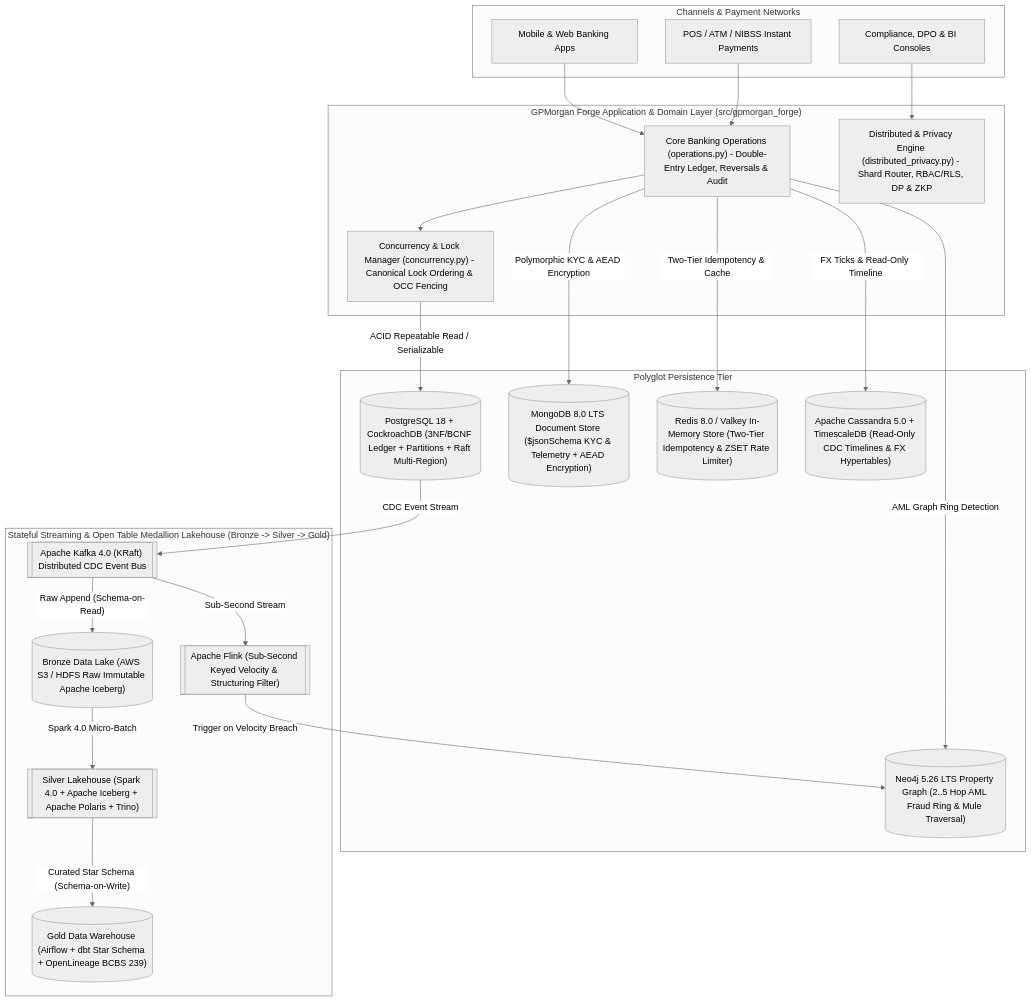
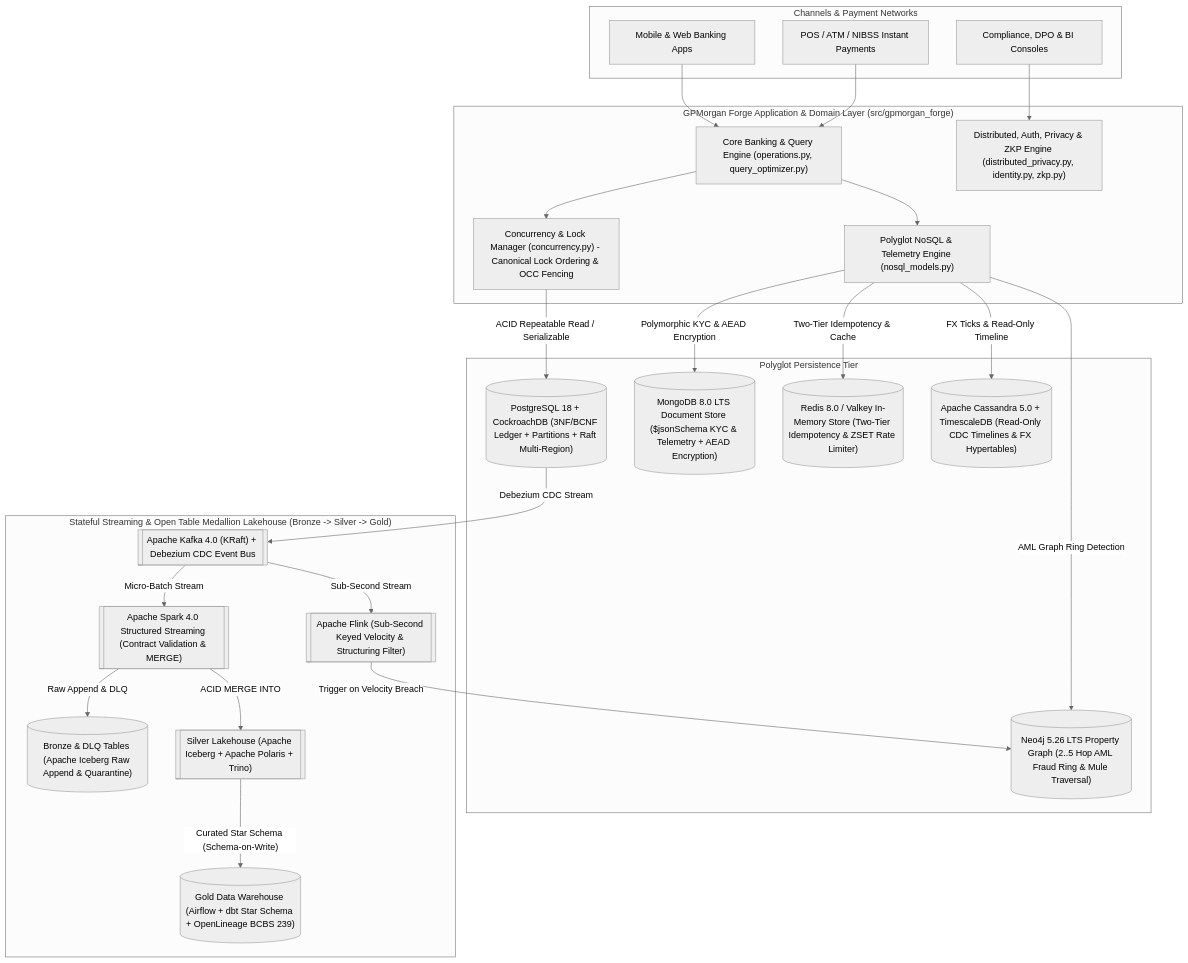
Before and after one commit to D0nG4667/gpmorgan-forge-de-portfolio: the first of 2 diagrams in README.md, drawn with Mermaid (neutral theme). The commit also changed other lines of this file and 5 other files, not shown here.

````diff
--- a/README.md
+++ b/README.md
@@ -41,45 +41,48 @@
 ```mermaid
 flowchart TB
     subgraph Clients["Channels & Payment Networks"]
         MOB["Mobile & Web Banking Apps"]
         POS["POS / ATM / NIBSS Instant Payments"]
         ANALYST["Compliance, DPO & BI Consoles"]
     end
 
     subgraph Core["GPMorgan Forge Application & Domain Layer (src/gpmorgan_forge)"]
-        OPS["Core Banking Operations (operations.py) - Double-Entry Ledger, Reversals & Audit"]
+        OPS["Core Banking & Query Engine (operations.py, query_optimizer.py)"]
         CONC["Concurrency & Lock Manager (concurrency.py) - Canonical Lock Ordering & OCC Fencing"]
-        PRIV["Distributed & Privacy Engine (distributed_privacy.py) - Shard Router, RBAC/RLS, DP & ZKP"]
+        NOSQL["Polyglot NoSQL & Telemetry Engine (nosql_models.py)"]
+        PRIV["Distributed, Auth, Privacy & ZKP Engine (distributed_privacy.py, identity.py, zkp.py)"]
     end
 
     subgraph Storage["Polyglot Persistence Tier"]
         PG[("PostgreSQL 18 + CockroachDB (3NF/BCNF Ledger + Partitions + Raft Multi-Region)")]
         MONGO[("MongoDB 8.0 LTS Document Store ($jsonSchema KYC & Telemetry + AEAD Encryption)")]
         NEO[("Neo4j 5.26 LTS Property Graph (2..5 Hop AML Fraud Ring & Mule Traversal)")]
         REDIS[("Redis 8.0 / Valkey In-Memory Store (Two-Tier Idempotency & ZSET Rate Limiter)")]
         CASS[("Apache Cassandra 5.0 + TimescaleDB (Read-Only CDC Timelines & FX Hypertables)")]
     end
 
     subgraph BigData["Stateful Streaming & Open Table Medallion Lakehouse (Bronze -> Silver -> Gold)"]
-        KAFKA[["Apache Kafka 4.0 (KRaft) Distributed CDC Event Bus"]]
+        KAFKA[["Apache Kafka 4.0 (KRaft) + Debezium CDC Event Bus"]]
         FLINK[["Apache Flink (Sub-Second Keyed Velocity & Structuring Filter)"]]
-        BRONZE[("Bronze Data Lake (AWS S3 / HDFS Raw Immutable Apache Iceberg)")]
-        SILVER[["Silver Lakehouse (Spark 4.0 + Apache Iceberg + Apache Polaris + Trino)"]]
+        SPARK[["Apache Spark 4.0 Structured Streaming (Contract Validation & MERGE)"]]
+        BRONZE[("Bronze & DLQ Tables (Apache Iceberg Raw Append & Quarantine)")]
+        SILVER[["Silver Lakehouse (Apache Iceberg + Apache Polaris + Trino)"]]
         GOLD[("Gold Data Warehouse (Airflow + dbt Star Schema + OpenLineage BCBS 239)")]
     end
 
     MOB & POS --> OPS
     ANALYST --> PRIV
-    OPS --> CONC
+    OPS --> CONC & NOSQL
     CONC -->|"ACID Repeatable Read / Serializable"| PG
-    OPS -->|"Two-Tier Idempotency & Cache"| REDIS
-    OPS -->|"Polymorphic KYC & AEAD Encryption"| MONGO
-    OPS -->|"AML Graph Ring Detection"| NEO
-    OPS -->|"FX Ticks & Read-Only Timeline"| CASS
-    PG -->|"CDC Event Stream"| KAFKA
+    NOSQL -->|"Two-Tier Idempotency & Cache"| REDIS
+    NOSQL -->|"Polymorphic KYC & AEAD Encryption"| MONGO
+    NOSQL -->|"AML Graph Ring Detection"| NEO
+    NOSQL -->|"FX Ticks & Read-Only Timeline"| CASS
+    PG -->|"Debezium CDC Stream"| KAFKA
     KAFKA -->|"Sub-Second Stream"| FLINK
     FLINK -->|"Trigger on Velocity Breach"| NEO
-    KAFKA -->|"Raw Append (Schema-on-Read)"| BRONZE
-    BRONZE -->|"Spark 4.0 Micro-Batch"| SILVER
+    KAFKA -->|"Micro-Batch Stream"| SPARK
+    SPARK -->|"Raw Append & DLQ"| BRONZE
+    SPARK -->|"ACID MERGE INTO"| SILVER
     SILVER -->|"Curated Star Schema (Schema-on-Write)"| GOLD
 ```
````
